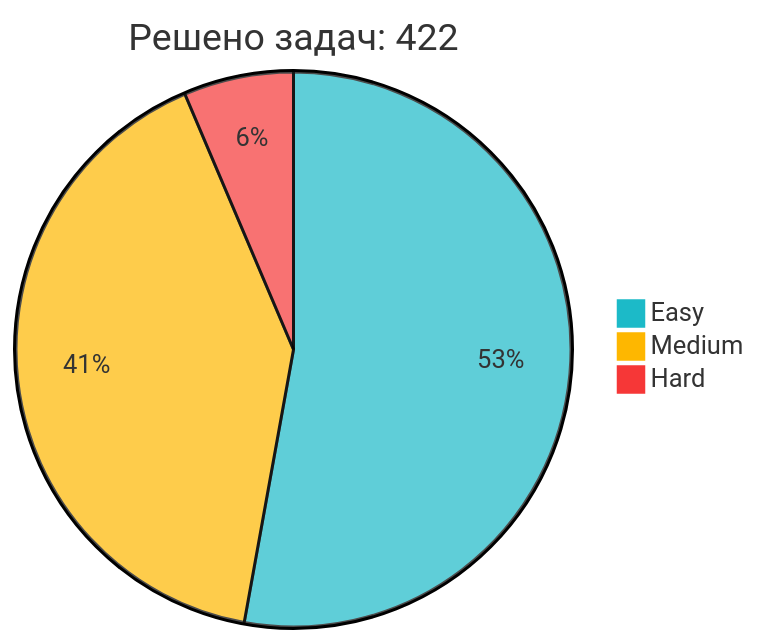
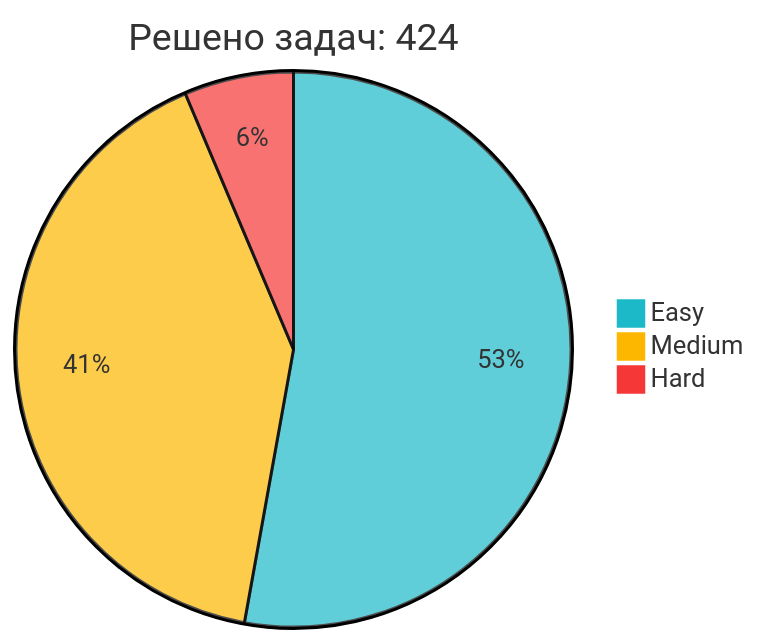
Before and after one commit to IliaKurdukov/IliaKurdukov: the diagram in README.md, drawn with Mermaid. The commit also changed other lines of this file, not shown here.

Commit message:
📈 Обновление статистики LeetCode

````diff
--- a/README.md
+++ b/README.md
@@ -51,7 +51,7 @@
 ```mermaid
 %%{init: {'theme': 'base', 'themeVariables': { 'pie1': '#1CBAC8', 'pie2': '#FEB700', 'pie3': '#F63737' }, 'config': {'width': 300, 'height': 200}}}%%
-pie title Решено задач: 422
-   "Easy" : 223
-   "Medium" : 172
+pie title Решено задач: 424
+   "Easy" : 224
+   "Medium" : 173
    "Hard" : 27
 ```
````
